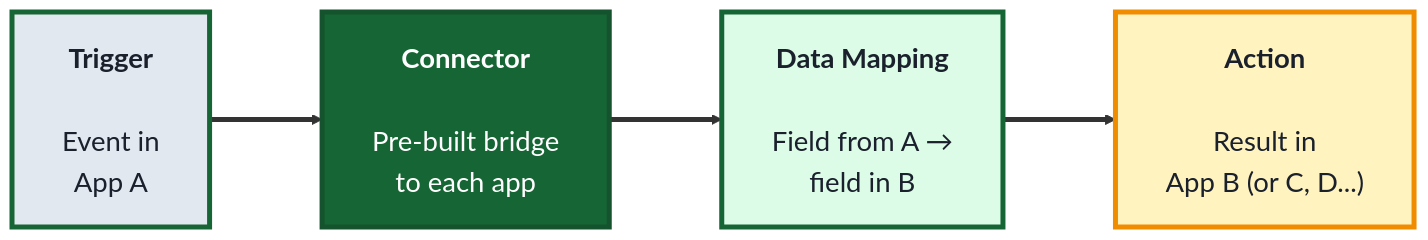
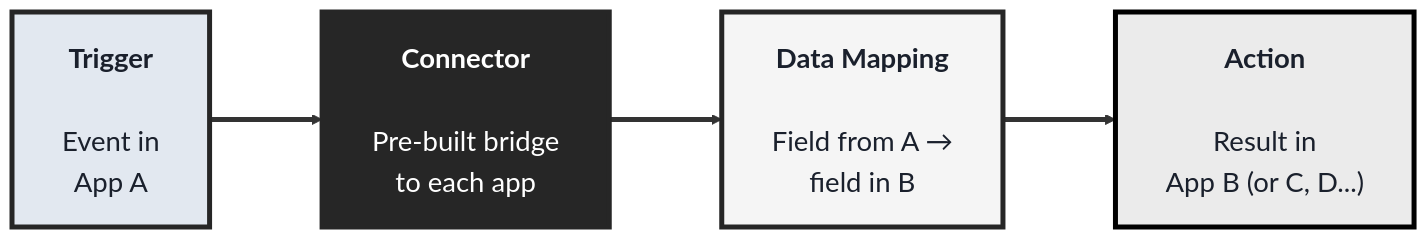
One commit to SHEMODELTECH/shemodeltech changed the fourth of 4 diagrams in src/Pages/courses/TechArchs/business-workflows-module.md. Above: the diagram before and after it, drawn with Mermaid. The commit also changed other lines of this file and 46 other files, not shown here.

````diff
--- a/src/Pages/courses/TechArchs/business-workflows-module.md
+++ b/src/Pages/courses/TechArchs/business-workflows-module.md
@@ -197,16 +197,16 @@
 ```mermaid
-%%{init: {'theme':'base', 'themeVariables': {'fontSize':'22px', 'primaryTextColor':'#1a202c', 'primaryBorderColor':'#166534', 'lineColor':'#333333'}, 'flowchart': {'nodeSpacing': 70, 'rankSpacing': 90, 'padding': 20}}}%%
+%%{init: {'theme':'base', 'themeVariables': {'fontSize':'22px', 'primaryTextColor':'#1a202c', 'primaryBorderColor':'#262626', 'lineColor':'#333333'}, 'flowchart': {'nodeSpacing': 70, 'rankSpacing': 90, 'padding': 20}}}%%
 flowchart LR
     TR["<b>Trigger</b><br/><br/>Event in<br/>App A"]
     CN["<b>Connector</b><br/><br/>Pre-built bridge<br/>to each app"]
     DM["<b>Data Mapping</b><br/><br/>Field from A →<br/>field in B"]
     AC["<b>Action</b><br/><br/>Result in<br/>App B (or C, D...)"]
 
     TR ==> CN ==> DM ==> AC
 
-    style TR fill:#e2e8f0,color:#1a202c,stroke:#166534,stroke-width:4px
-    style CN fill:#166534,color:#fff,stroke:#14532d,stroke-width:4px
-    style DM fill:#dcfce7,color:#1a202c,stroke:#166534,stroke-width:4px
-    style AC fill:#fff3bf,color:#1a202c,stroke:#f08c00,stroke-width:4px
+    style TR fill:#e2e8f0,color:#1a202c,stroke:#262626,stroke-width:4px
+    style CN fill:#262626,color:#fff,stroke:#262626,stroke-width:4px
+    style DM fill:#F5F5F5,color:#1a202c,stroke:#262626,stroke-width:4px
+    style AC fill:#EBEBEB,color:#1a202c,stroke:#000000,stroke-width:4px
     linkStyle default stroke-width:4px,stroke:#333333
 ```
````
